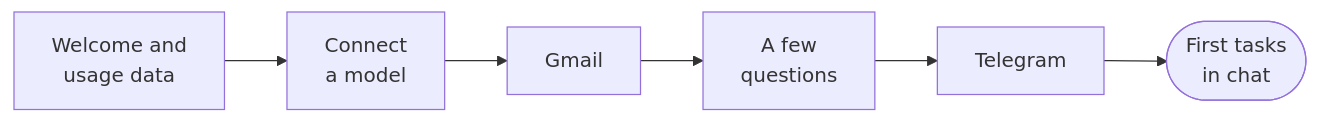
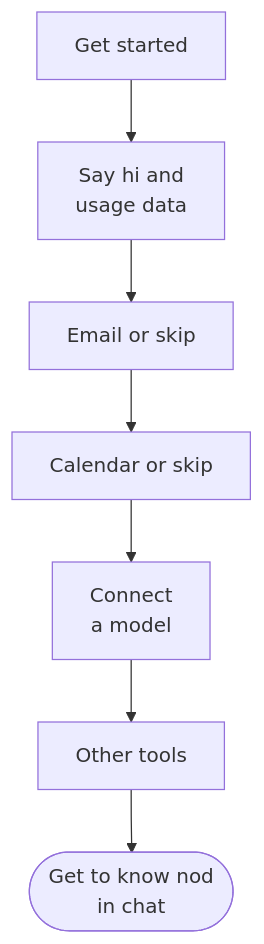
The diagram in docs/src/content/docs/get-started/first-conversation.mdx (KrishBhimani/nod), drawn with Mermaid before and after one commit. The commit also changed other lines of this file and 97 other files, not shown here.

Commit message:
feat(onboarding): streamline setup and first-chat suggestions (#461)

````diff
--- a/docs/src/content/docs/get-started/first-conversation.mdx
+++ b/docs/src/content/docs/get-started/first-conversation.mdx
@@ -16,8 +16,9 @@
 ```mermaid
-flowchart LR
-  hi[Welcome and<br/>usage data] --> model[Connect<br/>a model]:::accent
-  model --> gmail[Gmail]:::accent
-  gmail --> q[A few<br/>questions]
-  q --> tg[Telegram]:::muted
-  tg --> cards([First tasks<br/>in chat]):::go
+flowchart TD
+  start[Get started] --> hi[Say hi and<br/>usage data]
+  hi --> email[Email or skip]:::muted
+  email --> calendar[Calendar or skip]:::muted
+  calendar --> model[Connect<br/>a model]:::accent
+  model --> apps[Other tools]:::muted
+  apps --> chat([Get to know nod<br/>in chat]):::go
 ```
````
